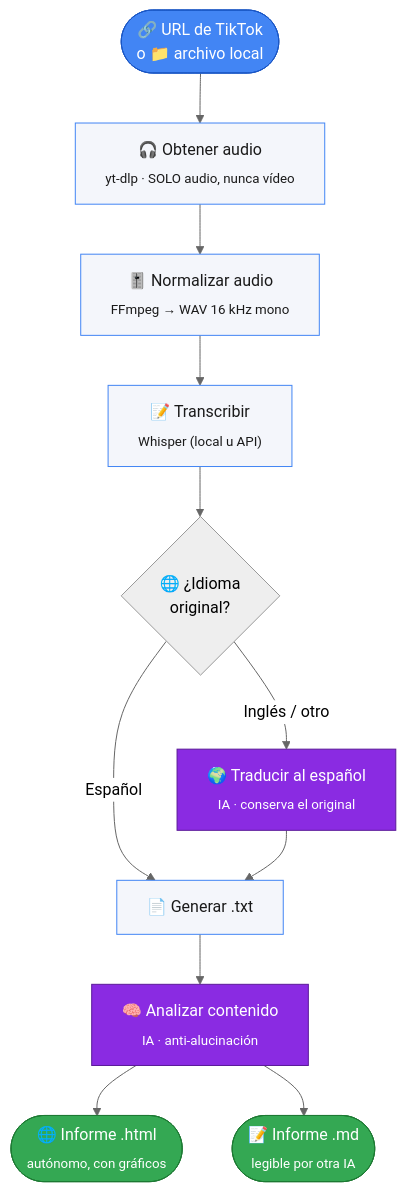
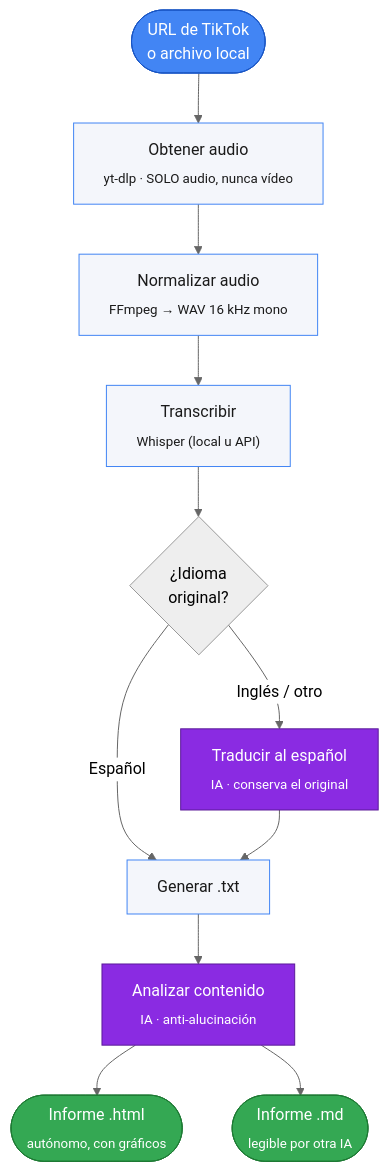
The first of 2 diagrams in README.md (Javier3921/Extractor_texto_tiktok), drawn with Mermaid (neutral theme) before and after one commit. The commit also changed other lines of this file, not shown here.

````diff
--- a/README.md
+++ b/README.md
@@ -32,22 +32,22 @@
 ```mermaid
 flowchart TD
-    A(["🔗 URL de TikTok<br/>o 📁 archivo local"]) --> B["🎧 Obtener audio<br/><sub>yt-dlp · SOLO audio, nunca vídeo</sub>"]
-    B --> C["🎚️ Normalizar audio<br/><sub>FFmpeg → WAV 16 kHz mono</sub>"]
-    C --> D["📝 Transcribir<br/><sub>Whisper (local u API)</sub>"]
-    D --> E{"🌐 ¿Idioma<br/>original?"}
-    E -- Español --> G["📄 Generar .txt"]
-    E -- "Inglés / otro" --> F["🌍 Traducir al español<br/><sub>IA · conserva el original</sub>"]
+    A(["URL de TikTok<br/>o archivo local"]) --> B["Obtener audio<br/><sub>yt-dlp · SOLO audio, nunca vídeo</sub>"]
+    B --> C["Normalizar audio<br/><sub>FFmpeg → WAV 16 kHz mono</sub>"]
+    C --> D["Transcribir<br/><sub>Whisper (local u API)</sub>"]
+    D --> E{"¿Idioma<br/>original?"}
+    E -- Español --> G["Generar .txt"]
+    E -- "Inglés / otro" --> F["Traducir al español<br/><sub>IA · conserva el original</sub>"]
     F --> G
-    G --> H["🧠 Analizar contenido<br/><sub>IA · anti-alucinación</sub>"]
-    H --> I(["🌐 Informe .html<br/><sub>autónomo, con gráficos</sub>"])
-    H --> J(["📝 Informe .md<br/><sub>legible por otra IA</sub>"])
+    G --> H["Analizar contenido<br/><sub>IA · anti-alucinación</sub>"]
+    H --> I(["Informe .html<br/><sub>autónomo, con gráficos</sub>"])
+    H --> J(["Informe .md<br/><sub>legible por otra IA</sub>"])
 
     classDef entrada fill:#4285F4,stroke:#1a56c4,color:#fff
     classDef proceso fill:#f4f6fb,stroke:#4285F4,color:#1a1a1a
     classDef ia fill:#8A2BE2,stroke:#5b1a99,color:#fff
     classDef salida fill:#34A853,stroke:#1e7a34,color:#fff
     class A entrada
     class B,C,D,G proceso
     class F,H ia
     class I,J salida
 ```
````
